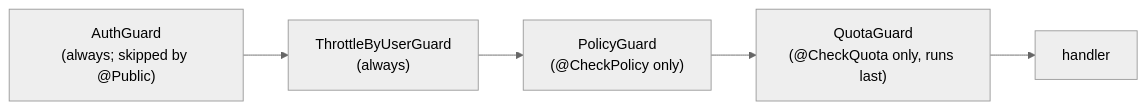
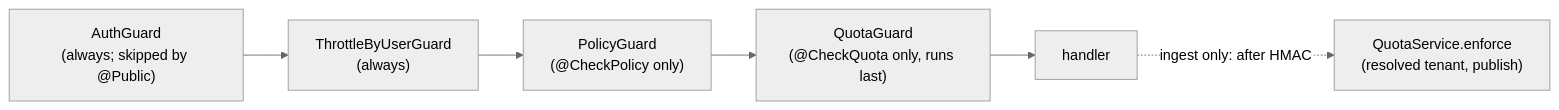
One commit to agentcontextdistributionprotocol/acdp-control-plane changed the diagram in docs/POLICY.md. Above: the diagram before and after it, drawn with Mermaid (neutral theme). The commit also changed other lines of this file and 22 other files, not shown here.

First line of the commit message:
fix(ingest): count publish quota after HMAC under the resolved tenant (#241)

````diff
--- a/docs/POLICY.md
+++ b/docs/POLICY.md
@@ -9,7 +9,8 @@
 ```mermaid
 flowchart LR
     A["AuthGuard<br/>(always; skipped by @Public)"] --> T["ThrottleByUserGuard<br/>(always)"]
     T --> P["PolicyGuard<br/>(@CheckPolicy only)"]
     P --> Q["QuotaGuard<br/>(@CheckQuota only, runs last)"]
     Q --> H["handler"]
+    H -. "ingest only: after HMAC" .-> QS["QuotaService.enforce<br/>(resolved tenant, publish)"]
 ```
````
